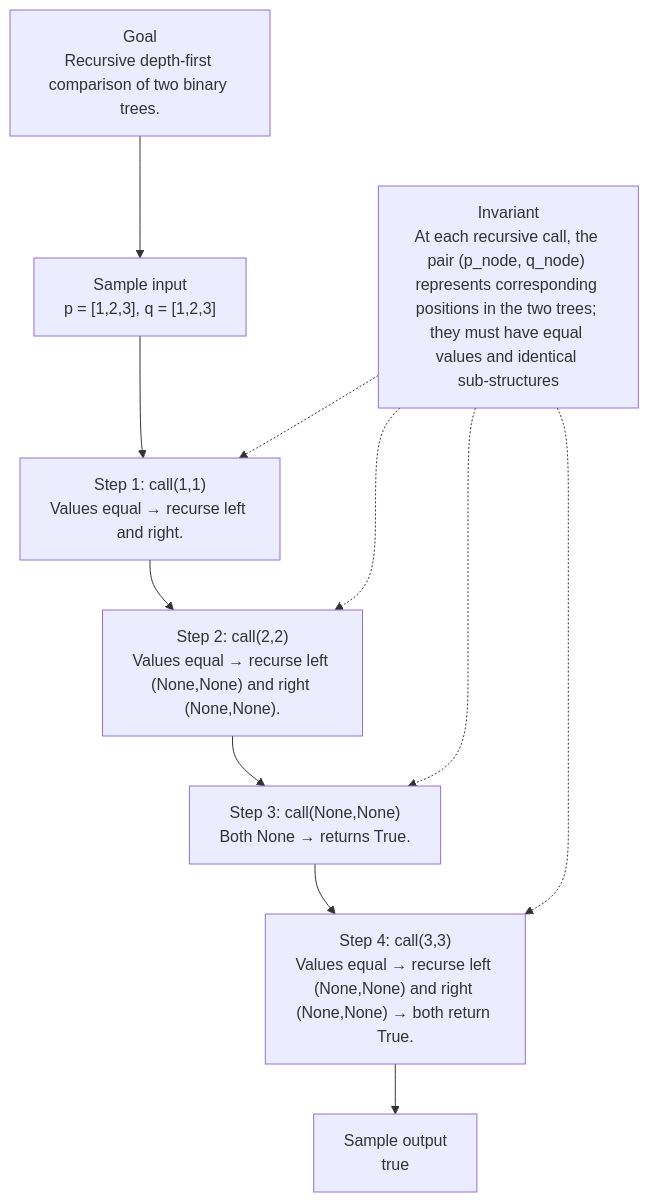
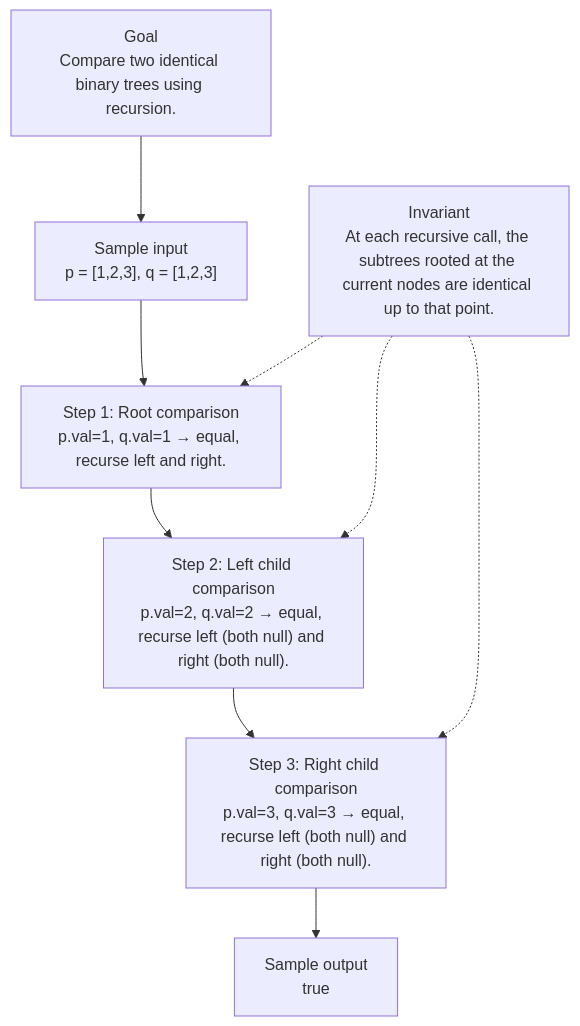
The diagram in 0100-same-tree/README.md (daanniill/leetcode_sols), drawn with Mermaid before and after one commit. The commit also changed other lines of this file, not shown here.

````diff
--- a/0100-same-tree/README.md
+++ b/0100-same-tree/README.md
@@ -67,16 +67,14 @@
 ```mermaid
 flowchart TD
-  n0["Goal<br/>Recursive depth‑first comparison of two binary trees."]
+  n0["Goal<br/>Compare two identical binary trees using recursion."]
   n1["Sample input<br/>p = [1,2,3], q = [1,2,3]"]
-  n2["Step 1: call(1,1)<br/>Values equal → recurse left and right."]
-  n3["Step 2: call(2,2)<br/>Values equal → recurse left (None,None) and right (None,None)."]
-  n4["Step 3: call(None,None)<br/>Both None → returns True."]
-  n5["Step 4: call(3,3)<br/>Values equal → recurse left (None,None) and right (None,None) → both return True."]
-  n6["Sample output<br/>true"]
-  inv["Invariant<br/>At each recursive call, the pair (p_node, q_node) represents corresponding positions in the two trees; they must have equal values and identical sub‑structures"]
-  n0 --> n1 --> n2 --> n3 --> n4 --> n5 --> n6
+  n2["Step 1: Root comparison<br/>p.val=1, q.val=1 → equal, recurse left and right."]
+  n3["Step 2: Left child comparison<br/>p.val=2, q.val=2 → equal, recurse left (both null) and right (both null)."]
+  n4["Step 3: Right child comparison<br/>p.val=3, q.val=3 → equal, recurse left (both null) and right (both null)."]
+  n5["Sample output<br/>true"]
+  inv["Invariant<br/>At each recursive call, the subtrees rooted at the current nodes are identical up to that point."]
+  n0 --> n1 --> n2 --> n3 --> n4 --> n5
   inv -.-> n2
   inv -.-> n3
   inv -.-> n4
-  inv -.-> n5
 ```
````
